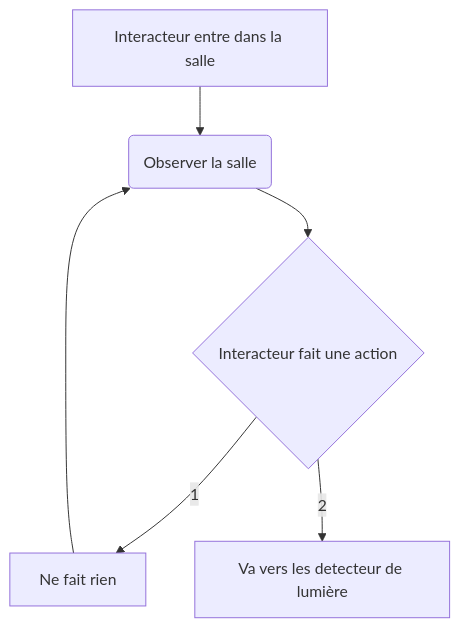
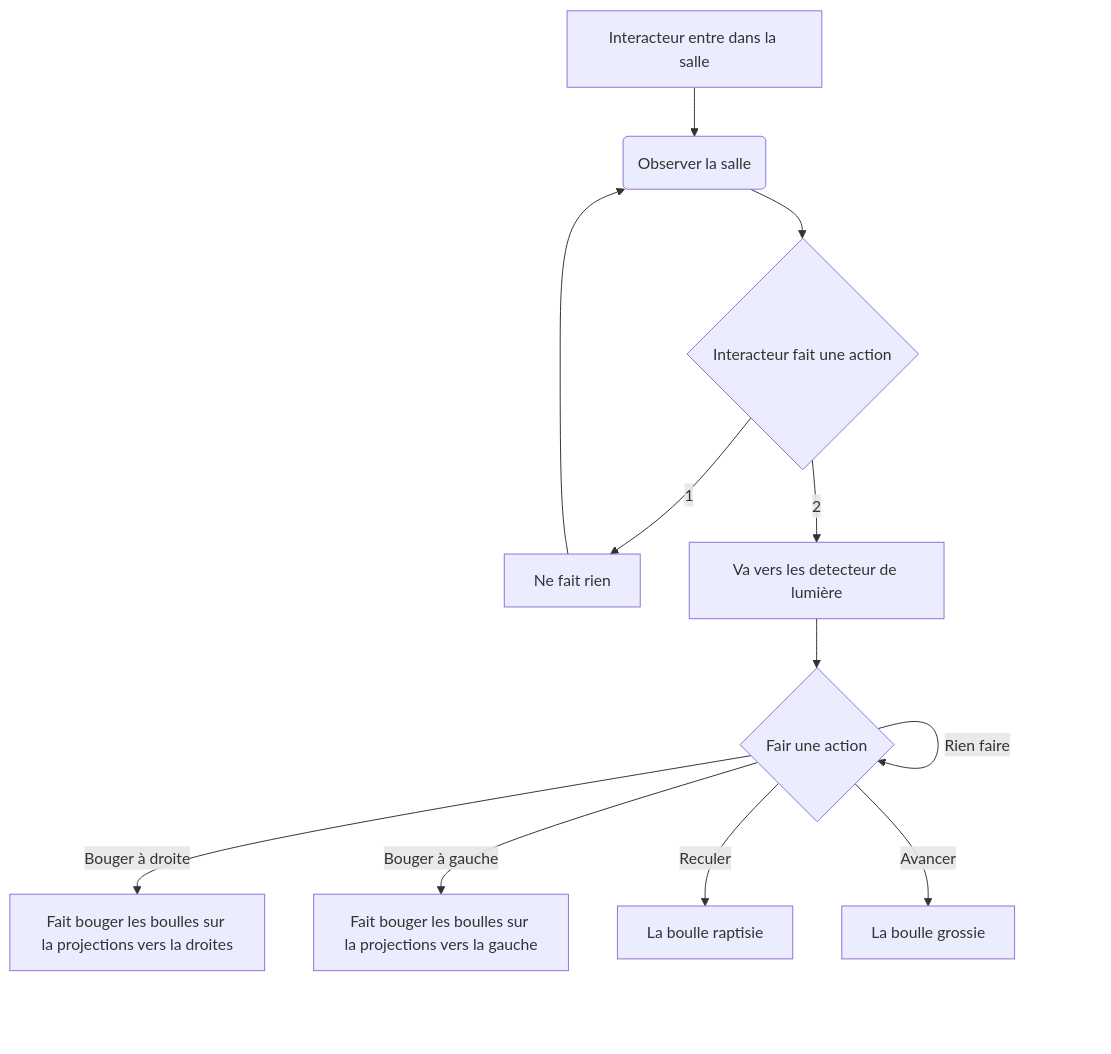
One commit to victorgileau/piano_etoile_scenarisation_projet changed the diagram in README.md. Above: the diagram before and after it, drawn with Mermaid.

Commit message:
README.md-ajout-senario

````diff
--- a/README.md
+++ b/README.md
@@ -20,8 +20,14 @@
 ```mermaid
 flowchart TD
     A[Interacteur entre dans la salle] --> B(Observer la salle)
     B --> C{Interacteur fait une action}
     C -->|1| D[Ne fait rien]
     C -->|2| E[Va vers les detecteur de lumière]
     D --> B
+    E --> F{Fair une action}
+    F -->|Bouger à droite| G[Fait bouger les boulles sur la projections vers la droites]
+    F -->|Bouger à gauche| H[Fait bouger les boulles sur la projections vers la gauche]
+    F -->|Reculer| I[La boulle raptisie]
+    F -->|Avancer| J[La boulle grossie]
+    F -->|Rien faire| F
 ```
````
